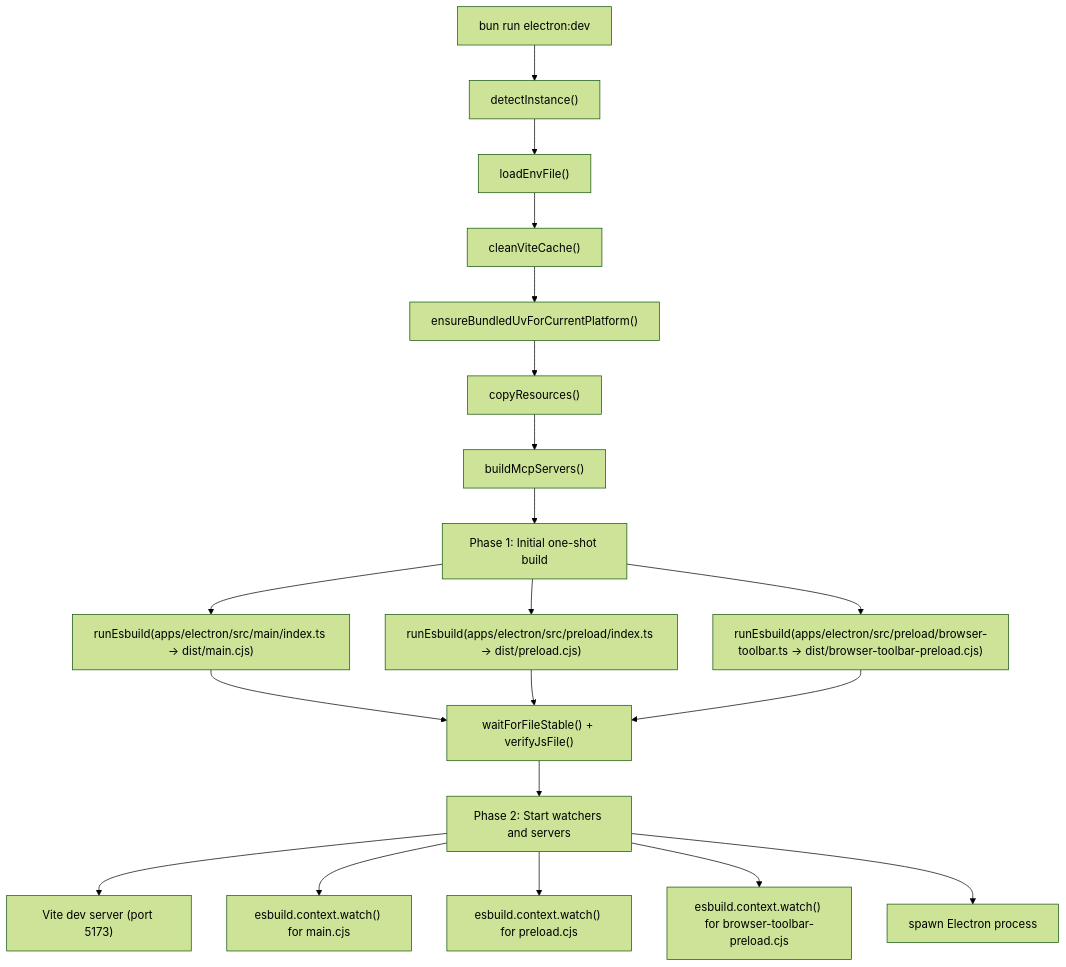
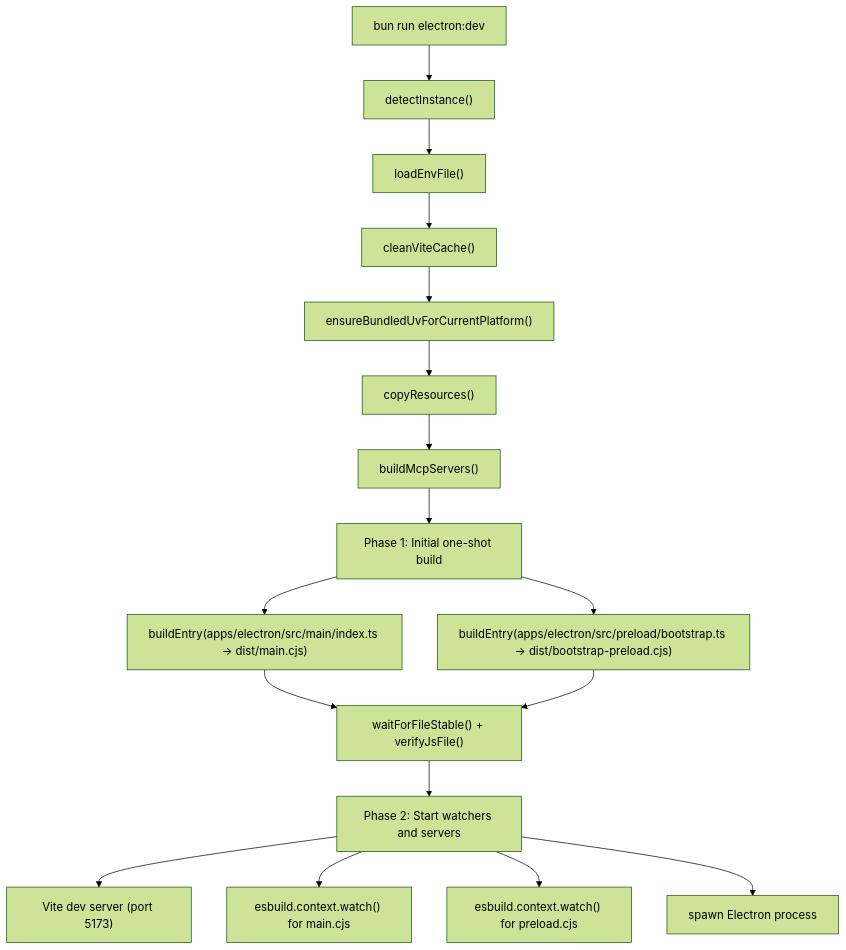
One commit to blackcater/zentree changed the first of 3 diagrams in docs/lukilabs_craft-agents-oss/development-guide/development-setup.md. Above: the diagram before and after it, drawn with Mermaid (forest theme). The commit also changed other lines of this file and 232 other files, not shown here.

````diff
--- a/docs/lukilabs_craft-agents-oss/development-guide/development-setup.md
+++ b/docs/lukilabs_craft-agents-oss/development-guide/development-setup.md
@@ -95,20 +96,18 @@
 ```mermaid
 flowchart TD
   A["bun run electron:dev"] --> B["detectInstance()"]
   B --> C["loadEnvFile()"]
   C --> D["cleanViteCache()"]
   D --> E["ensureBundledUvForCurrentPlatform()"]
   E --> F["copyResources()"]
   F --> G["buildMcpServers()"]
   G --> H["Phase 1: Initial one-shot build"]
-  H --> H1["runEsbuild(apps/electron/src/main/index.ts → dist/main.cjs)"]
-  H --> H2["runEsbuild(apps/electron/src/preload/index.ts → dist/preload.cjs)"]
-  H --> H3["runEsbuild(apps/electron/src/preload/browser-toolbar.ts → dist/browser-toolbar-preload.cjs)"]
-  H1 & H2 & H3 --> I["waitForFileStable() + verifyJsFile()"]
+  H --> H1["buildEntry(apps/electron/src/main/index.ts → dist/main.cjs)"]
+  H --> H2["buildEntry(apps/electron/src/preload/bootstrap.ts → dist/bootstrap-preload.cjs)"]
+  H1 & H2 --> I["waitForFileStable() + verifyJsFile()"]
   I --> J["Phase 2: Start watchers and servers"]
   J --> K["Vite dev server (port 5173)"]
   J --> L["esbuild.context.watch() for main.cjs"]
   J --> M["esbuild.context.watch() for preload.cjs"]
-  J --> N["esbuild.context.watch() for browser-toolbar-preload.cjs"]
   J --> O["spawn Electron process"]
 ```
````
